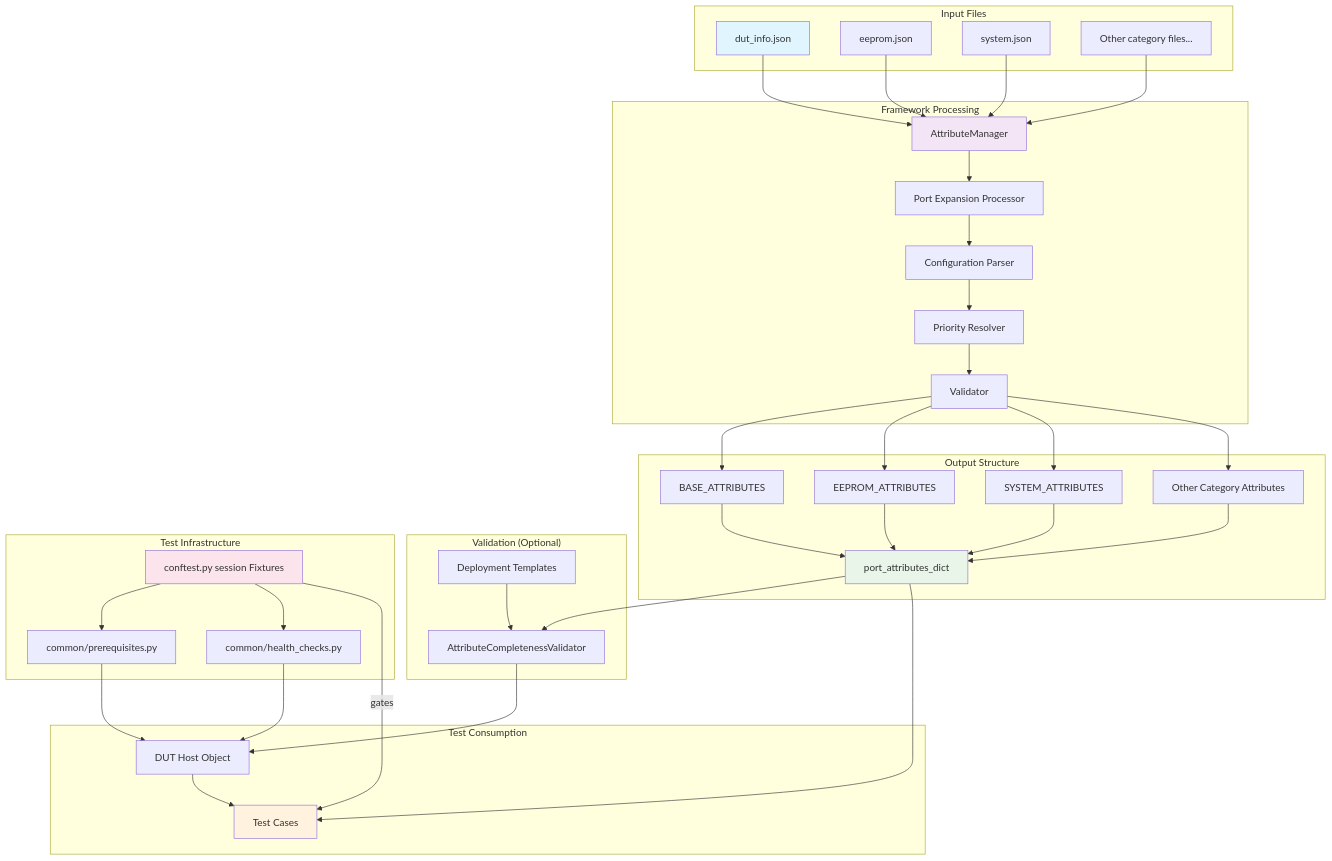
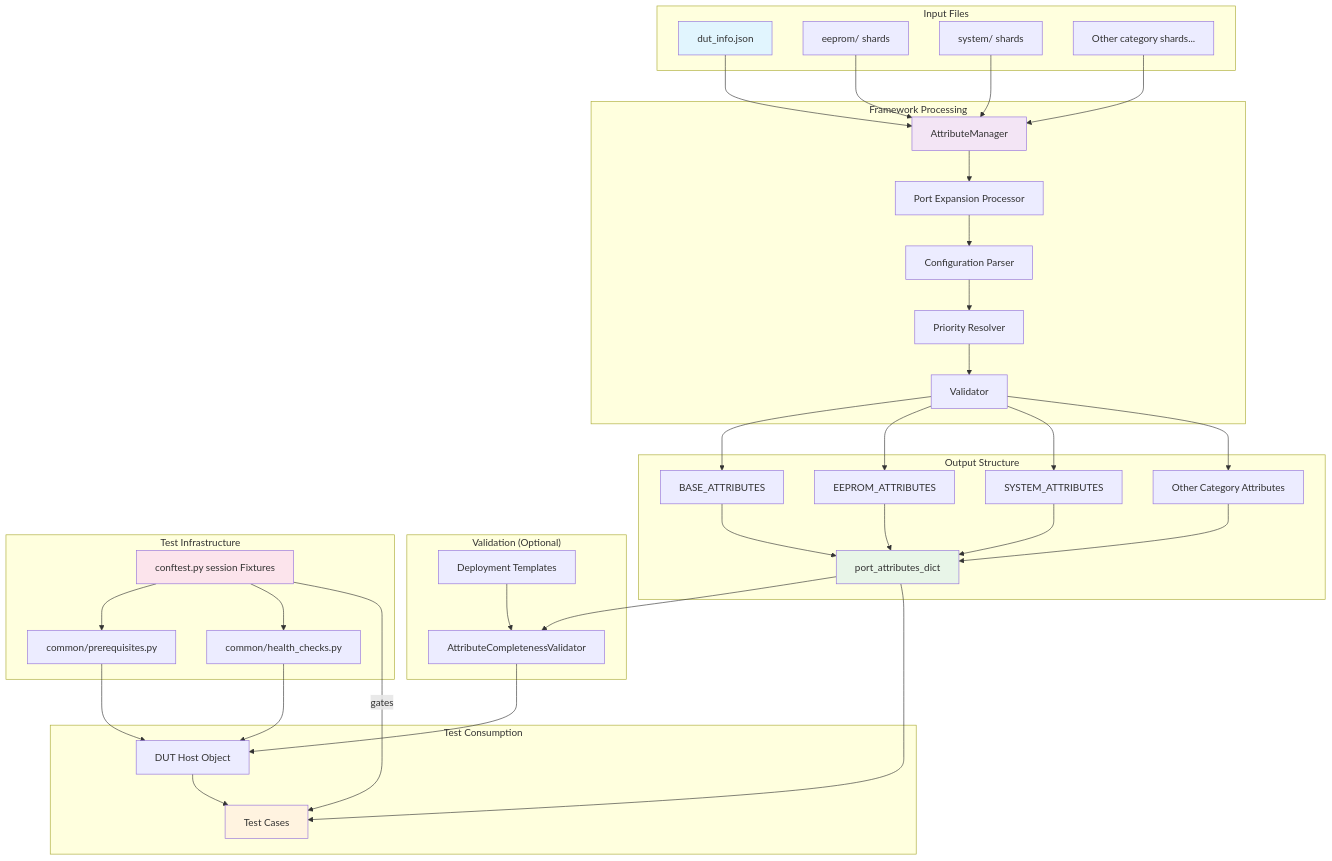
One commit to sonic-net/sonic-mgmt changed the first of 2 diagrams in docs/testplan/transceiver/diagrams/data_flow.md. Above: the diagram before and after it, drawn with Mermaid. The commit also changed other lines of this file and 15 other files, not shown here.

````diff
--- a/docs/testplan/transceiver/diagrams/data_flow.md
+++ b/docs/testplan/transceiver/diagrams/data_flow.md
@@ -5,79 +5,79 @@
 ```mermaid
 graph TB
     subgraph "Input Files"
         A[dut_info.json]
-        B[eeprom.json]
-        C[system.json]
-        D[Other category files...]
+        B["eeprom/ shards"]
+        C["system/ shards"]
+        D[Other category shards...]
     end
 
     subgraph "Framework Processing"
         E[AttributeManager]
         F[Port Expansion Processor]
         G[Configuration Parser]
         H[Priority Resolver]
         I[Validator]
     end
 
     subgraph "Output Structure"
         J[port_attributes_dict]
         K[BASE_ATTRIBUTES]
         L[EEPROM_ATTRIBUTES]
         M[SYSTEM_ATTRIBUTES]
         N[Other Category Attributes]
     end
 
     subgraph "Validation (Optional)"
         Q[Deployment Templates]
         R[AttributeCompletenessValidator]
     end
 
     subgraph "Test Infrastructure"
         S[conftest.py session Fixtures]
         T[common/prerequisites.py]
         U[common/health_checks.py]
     end
 
     subgraph "Test Consumption"
         O[Test Cases]
         P[DUT Host Object]
     end
 
     A --> E
     B --> E
     C --> E
     D --> E
 
     E --> F
     F --> G
     G --> H
     H --> I
 
     I --> K
     I --> L
     I --> M
     I --> N
 
     K --> J
     L --> J
     M --> J
     N --> J
 
     J --> R
     Q --> R
     R --> P
     P --> O
     J --> O
 
     S --> T
     T --> P
     S --> U
     U --> P
     S -->|gates| O
 
     style A fill:#e1f5fe
     style E fill:#f3e5f5
     style J fill:#e8f5e8
     style O fill:#fff3e0
     style S fill:#fce4ec
 ```
````
